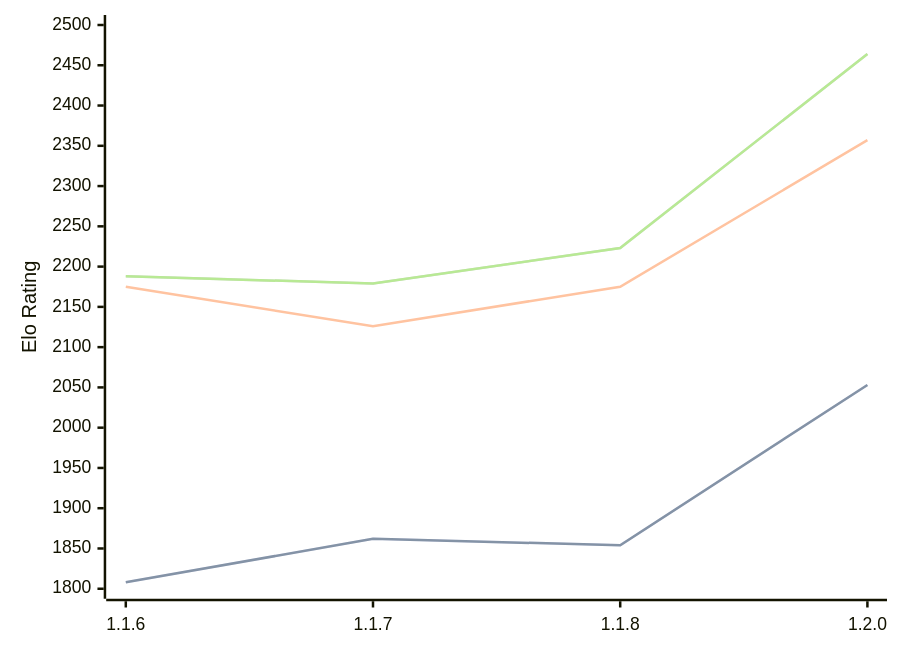
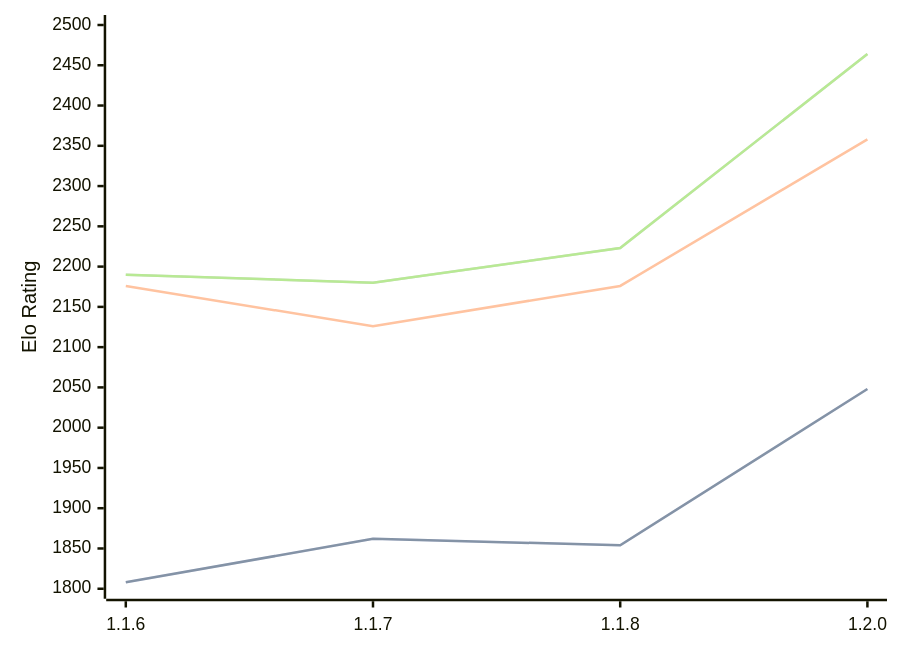
The diagram in engines/Soomi.md (computer-chess-index/cci), drawn with Mermaid before and after one commit. The commit also changed other lines of this file, not shown here.

Commit message:
Update CCI Ratings (ELO VLTC) - 2026-04-11

````diff
--- a/engines/Soomi.md
+++ b/engines/Soomi.md
@@ -34,11 +34,11 @@
 ```mermaid
 %%{init: {"theme":"base","themeVariables":{"seriesColors:['#a3a3a3','#222221','#faa371']}}}%%
 xychart-beta
   x-axis ["1.1.6", "1.1.7", "1.1.8", "1.2.0"]
   y-axis "Elo Rating" 1800 --> 2500
-  line "STC (8.0+0.08s)" [1808, 1862, 1854, 2053]
-  line "STC (8.0+0.08s)" [1808, 1862, 1854, 2053]
-  line "LTC (60.0+0.60s)" [2175, 2126, 2175, 2357]
-  line "VLTC (2m24s+1.12s)" [2188, 2179, 2223, 2464]
-  line "VLTC (2m24s+1.12s)" [2188, 2179, 2223, 2464]
+  line "STC (8.0+0.08s)" [1808, 1862, 1854, 2048]
+  line "STC (8.0+0.08s)" [1808, 1862, 1854, 2048]
+  line "LTC (60.0+0.60s)" [2176, 2126, 2176, 2358]
+  line "VLTC (2m24s+1.12s)" [2190, 2180, 2223, 2464]
+  line "VLTC (2m24s+1.12s)" [2190, 2180, 2223, 2464]
 ```
````
